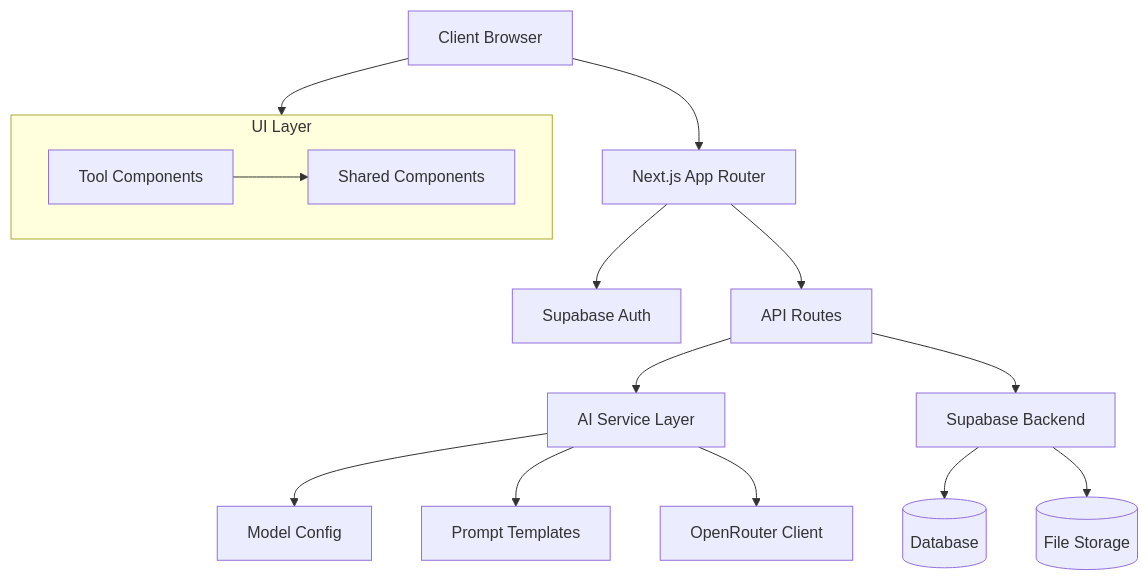
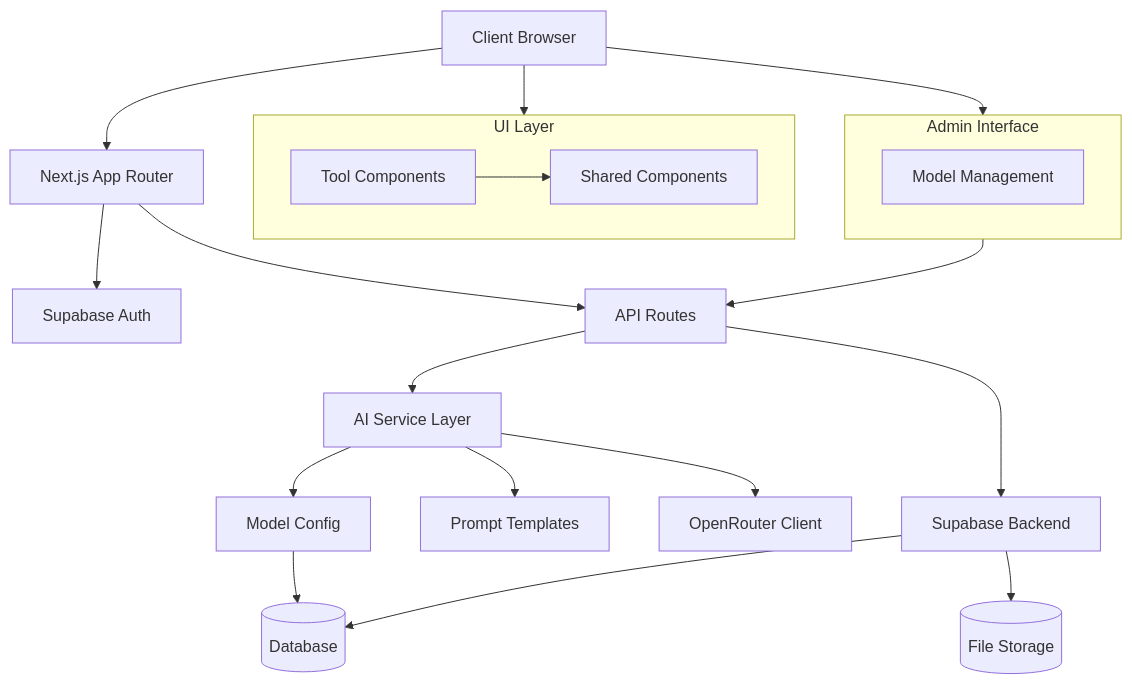
Before and after one commit to troyharris/snowsparrow: the diagram in cline_docs/systemPatterns.md, drawn with Mermaid. The commit also changed other lines of this file and 18 other files, not shown here.

````diff
--- a/cline_docs/systemPatterns.md
+++ b/cline_docs/systemPatterns.md
@@ -5,21 +5,29 @@
 ```mermaid
 flowchart TD
     Client[Client Browser] --> Next[Next.js App Router]
     Next --> Auth[Supabase Auth]
     Next --> API[API Routes]
     API --> AIService[AI Service Layer]
     AIService --> Models[Model Config]
     AIService --> Prompts[Prompt Templates]
     AIService --> OpenRouter[OpenRouter Client]
     API --> Supabase[Supabase Backend]
     Supabase --> DB[(Database)]
     Supabase --> Storage[(File Storage)]
+    Models --> DB
+
+    subgraph Admin[Admin Interface]
+        ModelAdmin[Model Management]
+    end
+
+    Admin --> API
 
     subgraph UI[UI Layer]
         SharedComponents[Shared Components]
         ToolComponents[Tool Components]
         ToolComponents --> SharedComponents
     end
 
     Client --> UI
+    Client --> Admin
 ```
````
